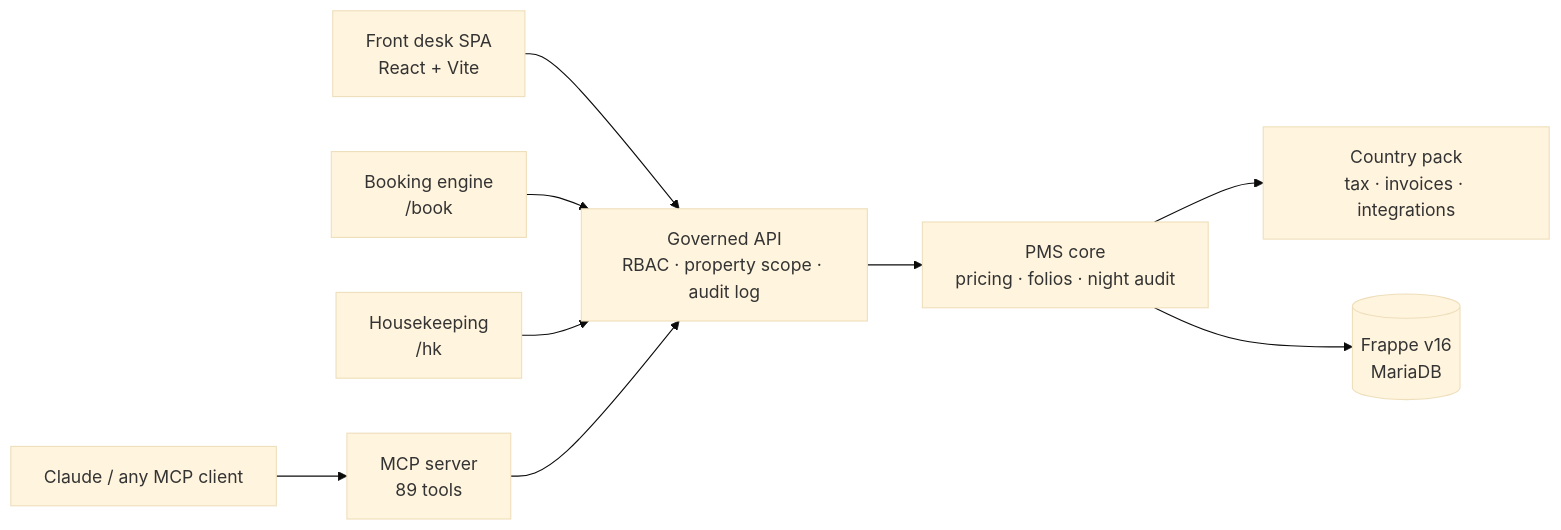
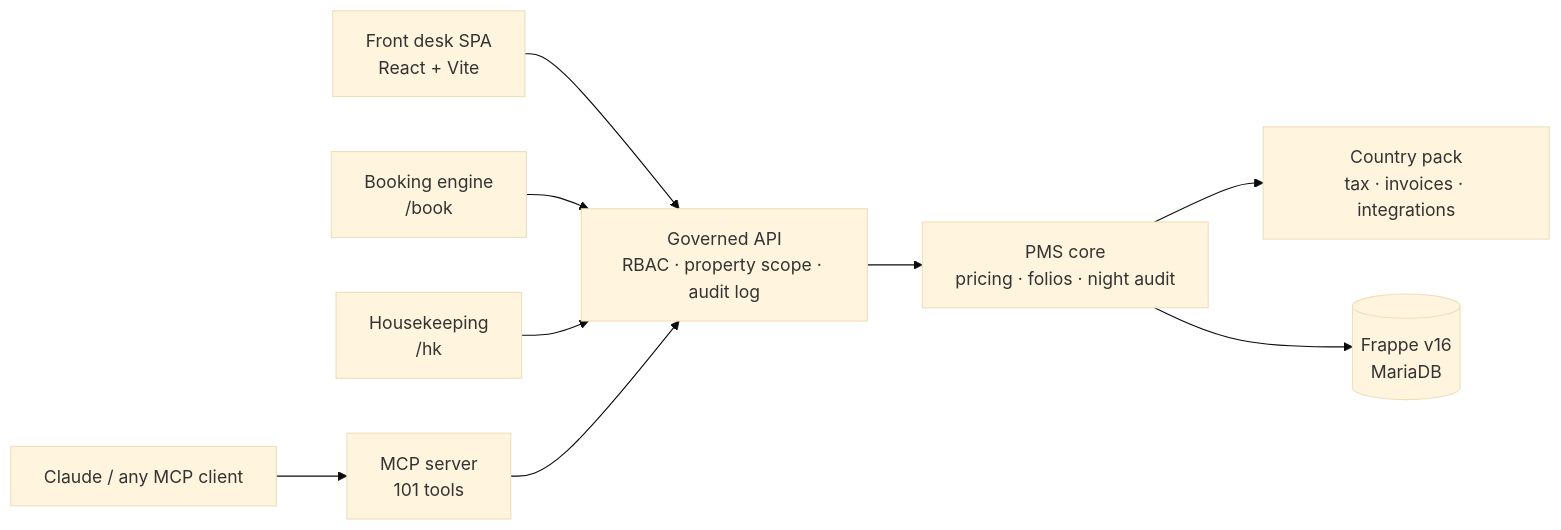
The diagram in README.md (Kamra-PMS/kamra-pms), drawn with Mermaid (base theme) before and after one commit. The commit also changed other lines of this file and 2 other files, not shown here.

Commit message:
docs: refresh marketplace listing for live page and v2.6.16

````diff
--- a/README.md
+++ b/README.md
@@ -206,10 +206,10 @@
 ```mermaid
 flowchart LR
   desk["Front desk SPA<br/>React + Vite"] --> api
   book["Booking engine<br/>/book"] --> api
   hk["Housekeeping<br/>/hk"] --> api
-  agent["Claude / any MCP client"] --> mcp["MCP server<br/>89 tools"] --> api
+  agent["Claude / any MCP client"] --> mcp["MCP server<br/>101 tools"] --> api
   api["Governed API<br/>RBAC · property scope · audit log"] --> core["PMS core<br/>pricing · folios · night audit"]
   core --> pack["Country pack<br/>tax · invoices · integrations"]
   core --> db[("Frappe v16<br/>MariaDB")]
 ```
````
